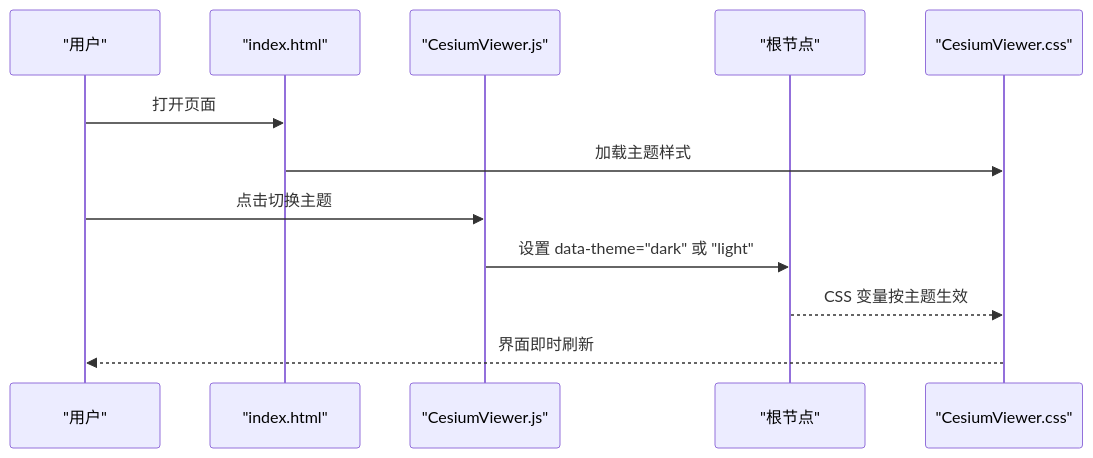
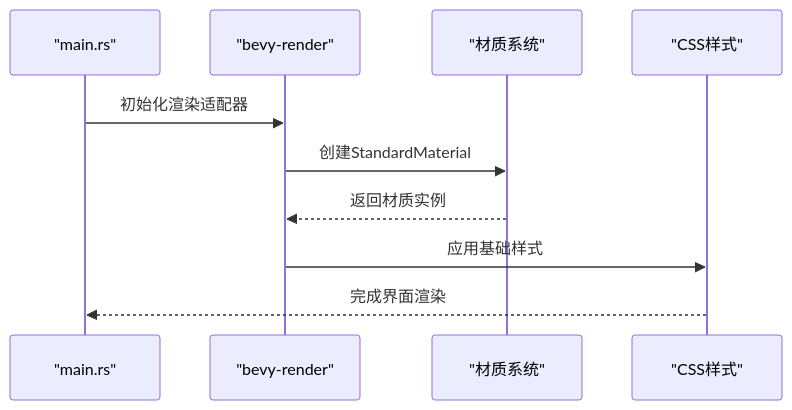
The second of 3 diagrams in .qoder/repowiki/zh/content/UI组件库/主题定制.md (rzhangjing/cesium), drawn with Mermaid before and after one commit. The commit also changed other lines of this file and 57 other files, not shown here.

````diff
--- a/.qoder/repowiki/zh/content/UI组件库/主题定制.md
+++ b/.qoder/repowiki/zh/content/UI组件库/主题定制.md
@@ -71,14 +85,12 @@
 ```mermaid
 sequenceDiagram
-participant U as "用户"
-participant H as "index.html"
-participant S as "CesiumViewer.js"
-participant R as "根节点"
-participant C as "CesiumViewer.css"
-U->>H : 打开页面
-H->>C : 加载主题样式
-U->>S : 点击切换主题
-S->>R : 设置 data-theme="dark" 或 "light"
-R-->>C : CSS 变量按主题生效
-C-->>U : 界面即时刷新
+participant App as "main.rs"
+participant Render as "bevy-render"
+participant Mat as "材质系统"
+participant Style as "CSS样式"
+App->>Render : 初始化渲染适配器
+Render->>Mat : 创建StandardMaterial
+Mat-->>Render : 返回材质实例
+Render->>Style : 应用基础样式
+Style-->>App : 完成界面渲染
 ```
````
